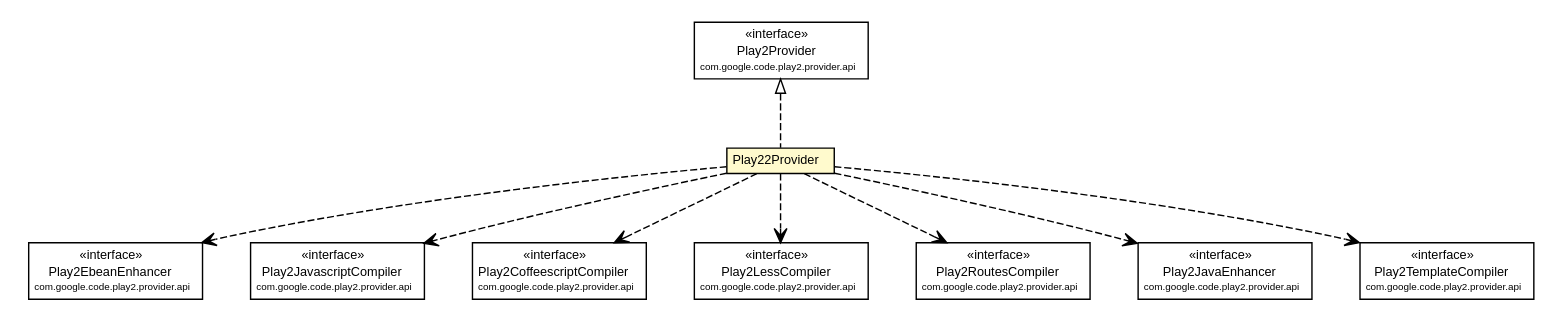
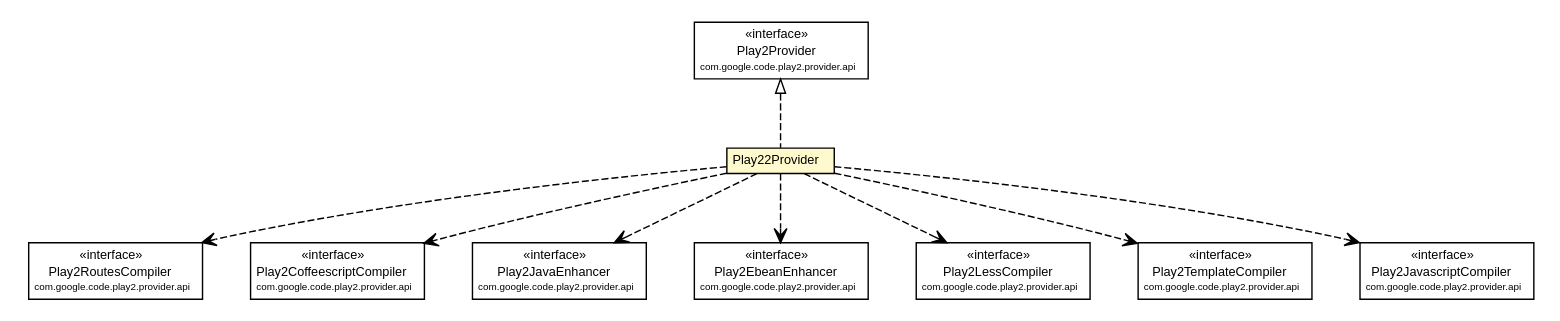
One commit to wouterhardeman/play2-maven-plugin changed the diagram in mavensite/1.0.0-beta1/play2-providers/play2-provider-play22/apidocs/com/google/code/play2/provider/play22/Play22Provider.dot. Above: the diagram before and after it, drawn with Graphviz. The commit also changed 581 other files, not shown here.

```diff
--- a/mavensite/1.0.0-beta1/play2-providers/play2-provider-play22/apidocs/com/google/code/play2/provider/play22/Play22Provider.dot
+++ b/mavensite/1.0.0-beta1/play2-providers/play2-provider-play22/apidocs/com/google/code/play2/provider/play22/Play22Provider.dot
@@ -17,82 +17,82 @@
 		</table>>, URL="./Play22Provider.html", fontname="arial", fontcolor="black", fontsize=9.0];
 	//com.google.code.play2.provider.play22.Play22Provider implements com.google.code.play2.provider.api.Play2Provider
 	c186:p -> c177:p [dir=back,arrowtail=empty,style=dashed];
+	// com.google.code.play2.provider.play22.Play22Provider DEPEND com.google.code.play2.provider.api.Play2RoutesCompiler
+	c177:p -> c187:p [taillabel="", label="", headlabel="", fontname="arial", fontcolor="black", fontsize=10.0, color="black", arrowhead=open, style=dashed];
+	// com.google.code.play2.provider.play22.Play22Provider DEPEND com.google.code.play2.provider.api.Play2CoffeescriptCompiler
+	c177:p -> c188:p [taillabel="", label="", headlabel="", fontname="arial", fontcolor="black", fontsize=10.0, color="black", arrowhead=open, style=dashed];
+	// com.google.code.play2.provider.play22.Play22Provider DEPEND com.google.code.play2.provider.api.Play2JavaEnhancer
+	c177:p -> c189:p [taillabel="", label="", headlabel="", fontname="arial", fontcolor="black", fontsize=10.0, color="black", arrowhead=open, style=dashed];
 	// com.google.code.play2.provider.play22.Play22Provider DEPEND com.google.code.play2.provider.api.Play2EbeanEnhancer
-	c177:p -> c187:p [taillabel="", label="", headlabel="", fontname="arial", fontcolor="black", fontsize=10.0, color="black", arrowhead=open, style=dashed];
+	c177:p -> c190:p [taillabel="", label="", headlabel="", fontname="arial", fontcolor="black", fontsize=10.0, color="black", arrowhead=open, style=dashed];
+	// com.google.code.play2.provider.play22.Play22Provider DEPEND com.google.code.play2.provider.api.Play2LessCompiler
+	c177:p -> c191:p [taillabel="", label="", headlabel="", fontname="arial", fontcolor="black", fontsize=10.0, color="black", arrowhead=open, style=dashed];
+	// com.google.code.play2.provider.play22.Play22Provider DEPEND com.google.code.play2.provider.api.Play2TemplateCompiler
+	c177:p -> c192:p [taillabel="", label="", headlabel="", fontname="arial", fontcolor="black", fontsize=10.0, color="black", arrowhead=open, style=dashed];
 	// com.google.code.play2.provider.play22.Play22Provider DEPEND com.google.code.play2.provider.api.Play2JavascriptCompiler
-	c177:p -> c188:p [taillabel="", label="", headlabel="", fontname="arial", fontcolor="black", fontsize=10.0, color="black", arrowhead=open, style=dashed];
-	// com.google.code.play2.provider.play22.Play22Provider DEPEND com.google.code.play2.provider.api.Play2CoffeescriptCompiler
-	c177:p -> c189:p [taillabel="", label="", headlabel="", fontname="arial", fontcolor="black", fontsize=10.0, color="black", arrowhead=open, style=dashed];
-	// com.google.code.play2.provider.play22.Play22Provider DEPEND com.google.code.play2.provider.api.Play2LessCompiler
-	c177:p -> c190:p [taillabel="", label="", headlabel="", fontname="arial", fontcolor="black", fontsize=10.0, color="black", arrowhead=open, style=dashed];
-	// com.google.code.play2.provider.play22.Play22Provider DEPEND com.google.code.play2.provider.api.Play2RoutesCompiler
-	c177:p -> c191:p [taillabel="", label="", headlabel="", fontname="arial", fontcolor="black", fontsize=10.0, color="black", arrowhead=open, style=dashed];
-	// com.google.code.play2.provider.play22.Play22Provider DEPEND com.google.code.play2.provider.api.Play2JavaEnhancer
-	c177:p -> c192:p [taillabel="", label="", headlabel="", fontname="arial", fontcolor="black", fontsize=10.0, color="black", arrowhead=open, style=dashed];
-	// com.google.code.play2.provider.play22.Play22Provider DEPEND com.google.code.play2.provider.api.Play2TemplateCompiler
 	c177:p -> c193:p [taillabel="", label="", headlabel="", fontname="arial", fontcolor="black", fontsize=10.0, color="black", arrowhead=open, style=dashed];
 	// com.google.code.play2.provider.api.Play2EbeanEnhancer
-	c187 [label=<<table title="com.google.code.play2.provider.api.Play2EbeanEnhancer" border="0" cellborder="1" cellspacing="0" cellpadding="2" port="p" href="https://play2-maven-plugin.googlecode.com/svn/mavensite/1.0.0-beta1-SNAPSHOT/play2-provider-api/apidocs/com/google/code/play2/provider/api/Play2EbeanEnhancer.html">
+	c190 [label=<<table title="com.google.code.play2.provider.api.Play2EbeanEnhancer" border="0" cellborder="1" cellspacing="0" cellpadding="2" port="p" href="https://play2-maven-plugin.googlecode.com/svn/mavensite/1.0.0-beta1/play2-provider-api/apidocs/com/google/code/play2/provider/api/Play2EbeanEnhancer.html">
 		<tr><td><table border="0" cellspacing="0" cellpadding="1">
 <tr><td align="center" balign="center"> &#171;interface&#187; </td></tr>
 <tr><td align="center" balign="center"> Play2EbeanEnhancer </td></tr>
 <tr><td align="center" balign="center"><font point-size="7.0"> com.google.code.play2.provider.api </font></td></tr>
 		</table></td></tr>
-		</table>>, URL="https://play2-maven-plugin.googlecode.com/svn/mavensite/1.0.0-beta1-SNAPSHOT/play2-provider-api/apidocs/com/google/code/play2/provider/api/Play2EbeanEnhancer.html", fontname="arial", fontcolor="black", fontsize=9.0];
+		</table>>, URL="https://play2-maven-plugin.googlecode.com/svn/mavensite/1.0.0-beta1/play2-provider-api/apidocs/com/google/code/play2/provider/api/Play2EbeanEnhancer.html", fontname="arial", fontcolor="black", fontsize=9.0];
 	// com.google.code.play2.provider.api.Play2LessCompiler
-	c190 [label=<<table title="com.google.code.play2.provider.api.Play2LessCompiler" border="0" cellborder="1" cellspacing="0" cellpadding="2" port="p" href="https://play2-maven-plugin.googlecode.com/svn/mavensite/1.0.0-beta1-SNAPSHOT/play2-provider-api/apidocs/com/google/code/play2/provider/api/Play2LessCompiler.html">
+	c191 [label=<<table title="com.google.code.play2.provider.api.Play2LessCompiler" border="0" cellborder="1" cellspacing="0" cellpadding="2" port="p" href="https://play2-maven-plugin.googlecode.com/svn/mavensite/1.0.0-beta1/play2-provider-api/apidocs/com/google/code/play2/provider/api/Play2LessCompiler.html">
 		<tr><td><table border="0" cellspacing="0" cellpadding="1">
 <tr><td align="center" balign="center"> &#171;interface&#187; </td></tr>
 <tr><td align="center" balign="center"> Play2LessCompiler </td></tr>
 <tr><td align="center" balign="center"><font point-size="7.0"> com.google.code.play2.provider.api </font></td></tr>
 		</table></td></tr>
-		</table>>, URL="https://play2-maven-plugin.googlecode.com/svn/mavensite/1.0.0-beta1-SNAPSHOT/play2-provider-api/apidocs/com/google/code/play2/provider/api/Play2LessCompiler.html", fontname="arial", fontcolor="black", fontsize=9.0];
+		</table>>, URL="https://play2-maven-plugin.googlecode.com/svn/mavensite/1.0.0-beta1/play2-provider-api/apidocs/com/google/code/play2/provider/api/Play2LessCompiler.html", fontname="arial", fontcolor="black", fontsize=9.0];
 	// com.google.code.play2.provider.api.Play2CoffeescriptCompiler
-	c189 [label=<<table title="com.google.code.play2.provider.api.Play2CoffeescriptCompiler" border="0" cellborder="1" cellspacing="0" cellpadding="2" port="p" href="https://play2-maven-plugin.googlecode.com/svn/mavensite/1.0.0-beta1-SNAPSHOT/play2-provider-api/apidocs/com/google/code/play2/provider/api/Play2CoffeescriptCompiler.html">
+	c188 [label=<<table title="com.google.code.play2.provider.api.Play2CoffeescriptCompiler" border="0" cellborder="1" cellspacing="0" cellpadding="2" port="p" href="https://play2-maven-plugin.googlecode.com/svn/mavensite/1.0.0-beta1/play2-provider-api/apidocs/com/google/code/play2/provider/api/Play2CoffeescriptCompiler.html">
 		<tr><td><table border="0" cellspacing="0" cellpadding="1">
 <tr><td align="center" balign="center"> &#171;interface&#187; </td></tr>
 <tr><td align="center" balign="center"> Play2CoffeescriptCompiler </td></tr>
 <tr><td align="center" balign="center"><font point-size="7.0"> com.google.code.play2.provider.api </font></td></tr>
 		</table></td></tr>
-		</table>>, URL="https://play2-maven-plugin.googlecode.com/svn/mavensite/1.0.0-beta1-SNAPSHOT/play2-provider-api/apidocs/com/google/code/play2/provider/api/Play2CoffeescriptCompiler.html", fontname="arial", fontcolor="black", fontsize=9.0];
+		</table>>, URL="https://play2-maven-plugin.googlecode.com/svn/mavensite/1.0.0-beta1/play2-provider-api/apidocs/com/google/code/play2/provider/api/Play2CoffeescriptCompiler.html", fontname="arial", fontcolor="black", fontsize=9.0];
 	// com.google.code.play2.provider.api.Play2JavaEnhancer
-	c192 [label=<<table title="com.google.code.play2.provider.api.Play2JavaEnhancer" border="0" cellborder="1" cellspacing="0" cellpadding="2" port="p" href="https://play2-maven-plugin.googlecode.com/svn/mavensite/1.0.0-beta1-SNAPSHOT/play2-provider-api/apidocs/com/google/code/play2/provider/api/Play2JavaEnhancer.html">
+	c189 [label=<<table title="com.google.code.play2.provider.api.Play2JavaEnhancer" border="0" cellborder="1" cellspacing="0" cellpadding="2" port="p" href="https://play2-maven-plugin.googlecode.com/svn/mavensite/1.0.0-beta1/play2-provider-api/apidocs/com/google/code/play2/provider/api/Play2JavaEnhancer.html">
 		<tr><td><table border="0" cellspacing="0" cellpadding="1">
 <tr><td align="center" balign="center"> &#171;interface&#187; </td></tr>
 <tr><td align="center" balign="center"> Play2JavaEnhancer </td></tr>
 <tr><td align="center" balign="center"><font point-size="7.0"> com.google.code.play2.provider.api </font></td></tr>
 		</table></td></tr>
-		</table>>, URL="https://play2-maven-plugin.googlecode.com/svn/mavensite/1.0.0-beta1-SNAPSHOT/play2-provider-api/apidocs/com/google/code/play2/provider/api/Play2JavaEnhancer.html", fontname="arial", fontcolor="black", fontsize=9.0];
+		</table>>, URL="https://play2-maven-plugin.googlecode.com/svn/mavensite/1.0.0-beta1/play2-provider-api/apidocs/com/google/code/play2/provider/api/Play2JavaEnhancer.html", fontname="arial", fontcolor="black", fontsize=9.0];
 	// com.google.code.play2.provider.api.Play2RoutesCompiler
-	c191 [label=<<table title="com.google.code.play2.provider.api.Play2RoutesCompiler" border="0" cellborder="1" cellspacing="0" cellpadding="2" port="p" href="https://play2-maven-plugin.googlecode.com/svn/mavensite/1.0.0-beta1-SNAPSHOT/play2-provider-api/apidocs/com/google/code/play2/provider/api/Play2RoutesCompiler.html">
+	c187 [label=<<table title="com.google.code.play2.provider.api.Play2RoutesCompiler" border="0" cellborder="1" cellspacing="0" cellpadding="2" port="p" href="https://play2-maven-plugin.googlecode.com/svn/mavensite/1.0.0-beta1/play2-provider-api/apidocs/com/google/code/play2/provider/api/Play2RoutesCompiler.html">
 		<tr><td><table border="0" cellspacing="0" cellpadding="1">
 <tr><td align="center" balign="center"> &#171;interface&#187; </td></tr>
 <tr><td align="center" balign="center"> Play2RoutesCompiler </td></tr>
 <tr><td align="center" balign="center"><font point-size="7.0"> com.google.code.play2.provider.api </font></td></tr>
 		</table></td></tr>
-		</table>>, URL="https://play2-maven-plugin.googlecode.com/svn/mavensite/1.0.0-beta1-SNAPSHOT/play2-provider-api/apidocs/com/google/code/play2/provider/api/Play2RoutesCompiler.html", fontname="arial", fontcolor="black", fontsize=9.0];
+		</table>>, URL="https://play2-maven-plugin.googlecode.com/svn/mavensite/1.0.0-beta1/play2-provider-api/apidocs/com/google/code/play2/provider/api/Play2RoutesCompiler.html", fontname="arial", fontcolor="black", fontsize=9.0];
 	// com.google.code.play2.provider.api.Play2JavascriptCompiler
-	c188 [label=<<table title="com.google.code.play2.provider.api.Play2JavascriptCompiler" border="0" cellborder="1" cellspacing="0" cellpadding="2" port="p" href="https://play2-maven-plugin.googlecode.com/svn/mavensite/1.0.0-beta1-SNAPSHOT/play2-provider-api/apidocs/com/google/code/play2/provider/api/Play2JavascriptCompiler.html">
+	c193 [label=<<table title="com.google.code.play2.provider.api.Play2JavascriptCompiler" border="0" cellborder="1" cellspacing="0" cellpadding="2" port="p" href="https://play2-maven-plugin.googlecode.com/svn/mavensite/1.0.0-beta1/play2-provider-api/apidocs/com/google/code/play2/provider/api/Play2JavascriptCompiler.html">
 		<tr><td><table border="0" cellspacing="0" cellpadding="1">
 <tr><td align="center" balign="center"> &#171;interface&#187; </td></tr>
 <tr><td align="center" balign="center"> Play2JavascriptCompiler </td></tr>
 <tr><td align="center" balign="center"><font point-size="7.0"> com.google.code.play2.provider.api </font></td></tr>
 		</table></td></tr>
-		</table>>, URL="https://play2-maven-plugin.googlecode.com/svn/mavensite/1.0.0-beta1-SNAPSHOT/play2-provider-api/apidocs/com/google/code/play2/provider/api/Play2JavascriptCompiler.html", fontname="arial", fontcolor="black", fontsize=9.0];
+		</table>>, URL="https://play2-maven-plugin.googlecode.com/svn/mavensite/1.0.0-beta1/play2-provider-api/apidocs/com/google/code/play2/provider/api/Play2JavascriptCompiler.html", fontname="arial", fontcolor="black", fontsize=9.0];
 	// com.google.code.play2.provider.api.Play2Provider
-	c186 [label=<<table title="com.google.code.play2.provider.api.Play2Provider" border="0" cellborder="1" cellspacing="0" cellpadding="2" port="p" href="https://play2-maven-plugin.googlecode.com/svn/mavensite/1.0.0-beta1-SNAPSHOT/play2-provider-api/apidocs/com/google/code/play2/provider/api/Play2Provider.html">
+	c186 [label=<<table title="com.google.code.play2.provider.api.Play2Provider" border="0" cellborder="1" cellspacing="0" cellpadding="2" port="p" href="https://play2-maven-plugin.googlecode.com/svn/mavensite/1.0.0-beta1/play2-provider-api/apidocs/com/google/code/play2/provider/api/Play2Provider.html">
 		<tr><td><table border="0" cellspacing="0" cellpadding="1">
 <tr><td align="center" balign="center"> &#171;interface&#187; </td></tr>
 <tr><td align="center" balign="center"> Play2Provider </td></tr>
 <tr><td align="center" balign="center"><font point-size="7.0"> com.google.code.play2.provider.api </font></td></tr>
 		</table></td></tr>
-		</table>>, URL="https://play2-maven-plugin.googlecode.com/svn/mavensite/1.0.0-beta1-SNAPSHOT/play2-provider-api/apidocs/com/google/code/play2/provider/api/Play2Provider.html", fontname="arial", fontcolor="black", fontsize=9.0];
+		</table>>, URL="https://play2-maven-plugin.googlecode.com/svn/mavensite/1.0.0-beta1/play2-provider-api/apidocs/com/google/code/play2/provider/api/Play2Provider.html", fontname="arial", fontcolor="black", fontsize=9.0];
 	// com.google.code.play2.provider.api.Play2TemplateCompiler
-	c193 [label=<<table title="com.google.code.play2.provider.api.Play2TemplateCompiler" border="0" cellborder="1" cellspacing="0" cellpadding="2" port="p" href="https://play2-maven-plugin.googlecode.com/svn/mavensite/1.0.0-beta1-SNAPSHOT/play2-provider-api/apidocs/com/google/code/play2/provider/api/Play2TemplateCompiler.html">
+	c192 [label=<<table title="com.google.code.play2.provider.api.Play2TemplateCompiler" border="0" cellborder="1" cellspacing="0" cellpadding="2" port="p" href="https://play2-maven-plugin.googlecode.com/svn/mavensite/1.0.0-beta1/play2-provider-api/apidocs/com/google/code/play2/provider/api/Play2TemplateCompiler.html">
 		<tr><td><table border="0" cellspacing="0" cellpadding="1">
 <tr><td align="center" balign="center"> &#171;interface&#187; </td></tr>
 <tr><td align="center" balign="center"> Play2TemplateCompiler </td></tr>
 <tr><td align="center" balign="center"><font point-size="7.0"> com.google.code.play2.provider.api </font></td></tr>
 		</table></td></tr>
-		</table>>, URL="https://play2-maven-plugin.googlecode.com/svn/mavensite/1.0.0-beta1-SNAPSHOT/play2-provider-api/apidocs/com/google/code/play2/provider/api/Play2TemplateCompiler.html", fontname="arial", fontcolor="black", fontsize=9.0];
+		</table>>, URL="https://play2-maven-plugin.googlecode.com/svn/mavensite/1.0.0-beta1/play2-provider-api/apidocs/com/google/code/play2/provider/api/Play2TemplateCompiler.html", fontname="arial", fontcolor="black", fontsize=9.0];
 }
```
